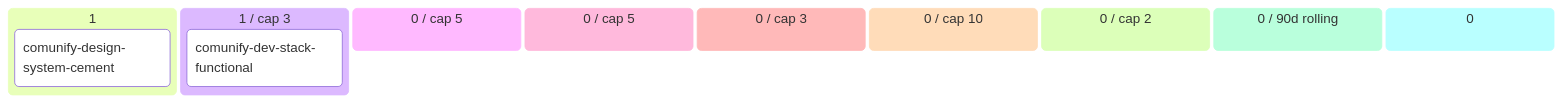
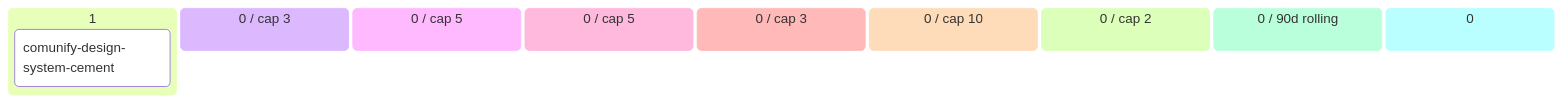
One commit to alpaca-purpura/luana-platform changed the diagram in comunify/docs/product/BACKLOG.md. Above: the diagram before and after it, drawn with Mermaid. The commit also changed other lines of this file and 23 other files, not shown here.

````diff
--- a/comunify/docs/product/BACKLOG.md
+++ b/comunify/docs/product/BACKLOG.md
@@ -39,14 +39,13 @@
 ```mermaid
 kanban
   💡 Ideas (1)
     comunify-design-system-cement[comunify-design-system-cement]
-  🔬 Refining (1 / cap 3)
-    comunify-dev-stack-functional[comunify-dev-stack-functional]
+  🔬 Refining (0 / cap 3)
   ✅ Refined (0 / cap 5)
   📦 Ready (0 / cap 5)
   🔨 Developing (0 / cap 3)
   🧪 Developed (0 / cap 10)
   🔍 Reviewing (0 / cap 2)
   ✅ Done (0 / 90d rolling)
   🅿 Parked (0)
 ```
````
